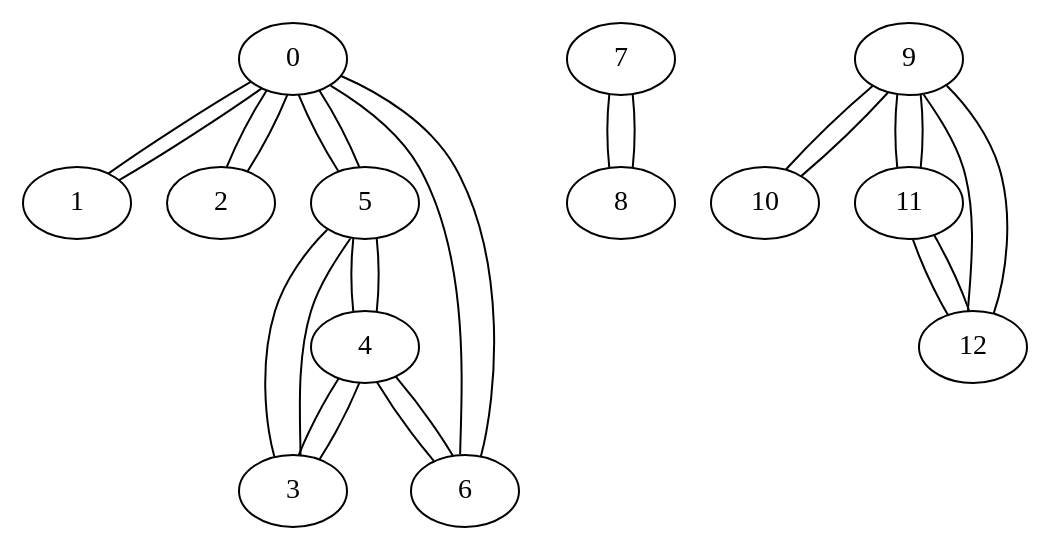
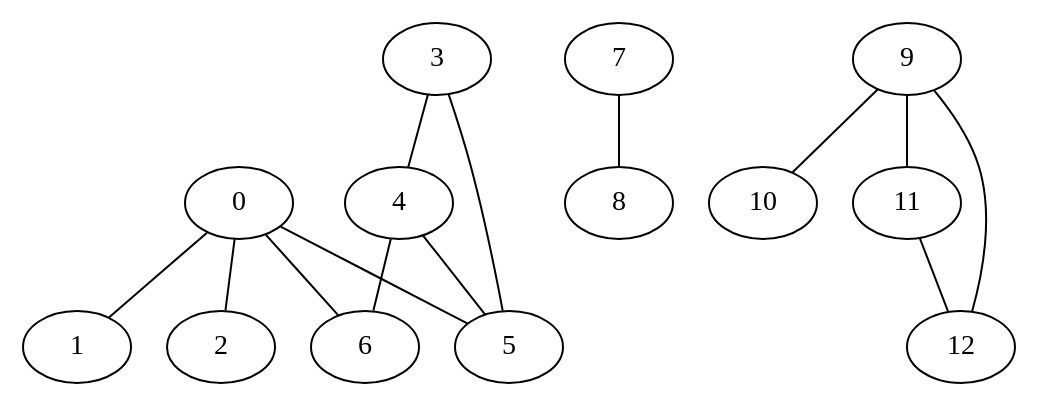
The diagram in winter_2020/cs320/lab4/10X/tinyG.dot (kuma-chang/accelerated_cs), drawn with Graphviz before and after one commit. The commit also changed 33 other files, not shown here.

```diff
--- a/winter_2020/cs320/lab4/10X/tinyG.dot
+++ b/winter_2020/cs320/lab4/10X/tinyG.dot
@@ -1,28 +1,15 @@
 graph tinyG {
 "0" -- "1"
 "0" -- "2"
 "0" -- "5"
 "0" -- "6"
-"1" -- "0"
-"2" -- "0"
 "3" -- "4"
 "3" -- "5"
-"4" -- "3"
 "4" -- "5"
 "4" -- "6"
-"5" -- "0"
-"5" -- "3"
-"5" -- "4"
-"6" -- "0"
-"6" -- "4"
 "7" -- "8"
-"8" -- "7"
 "9" -- "10"
 "9" -- "11"
 "9" -- "12"
-"10" -- "9"
-"11" -- "9"
 "11" -- "12"
-"12" -- "9"
-"12" -- "11"
 }
```
